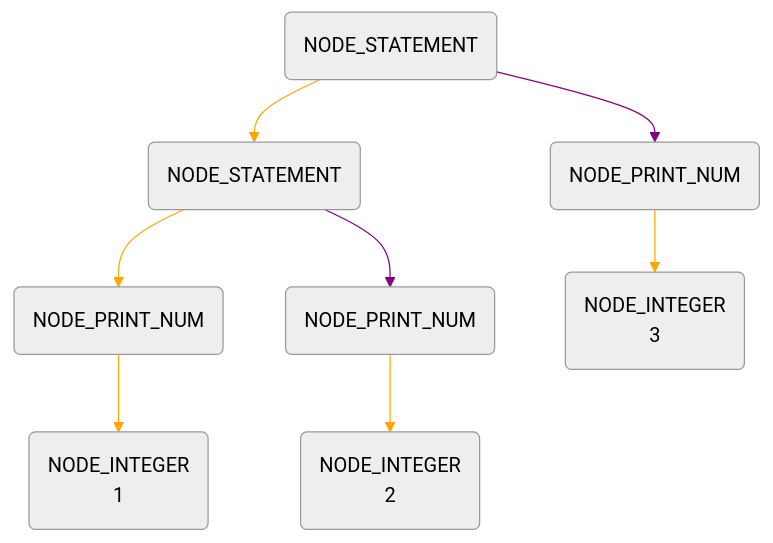
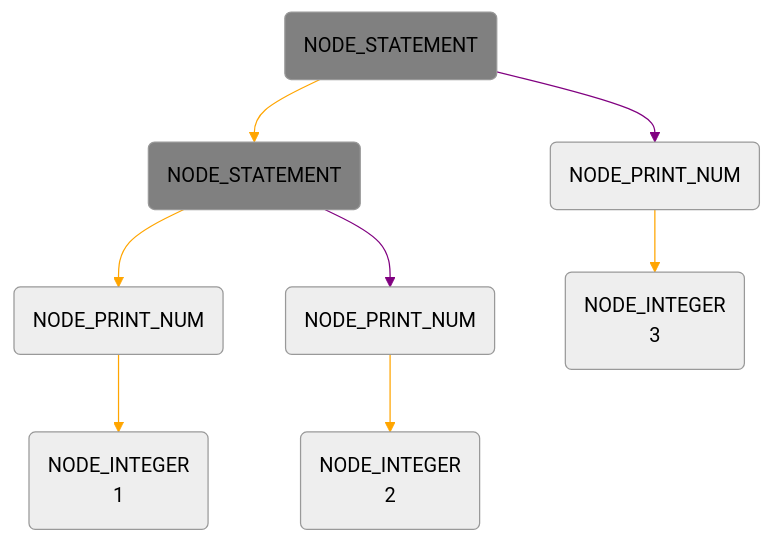
The fourth of 8 diagrams in FinalProject/README.md (RobinHsieh/Compiler_in_C), drawn with Mermaid (neutral theme) before and after one commit. The commit also changed other lines of this file, not shown here.

````diff
--- a/FinalProject/README.md
+++ b/FinalProject/README.md
@@ -171,13 +173,15 @@
 ```mermaid
 graph TB
 23(NODE_STATEMENT) --> 123(NODE_STATEMENT)
 23 --> 214(NODE_PRINT_NUM)
 123 --> 314(NODE_PRINT_NUM)
 314 --> 0(NODE_INTEGER\n1)
 123 --> 414(NODE_PRINT_NUM)
 414 --> 100(NODE_INTEGER\n2)
 214 --> 400(NODE_INTEGER\n3)
 
 linkStyle 0,2,3,5,6 stroke:orange;
 linkStyle 1,4 stroke:purple;
+classDef gray fill:gray;
+class 23,123 gray;
 ```
````
